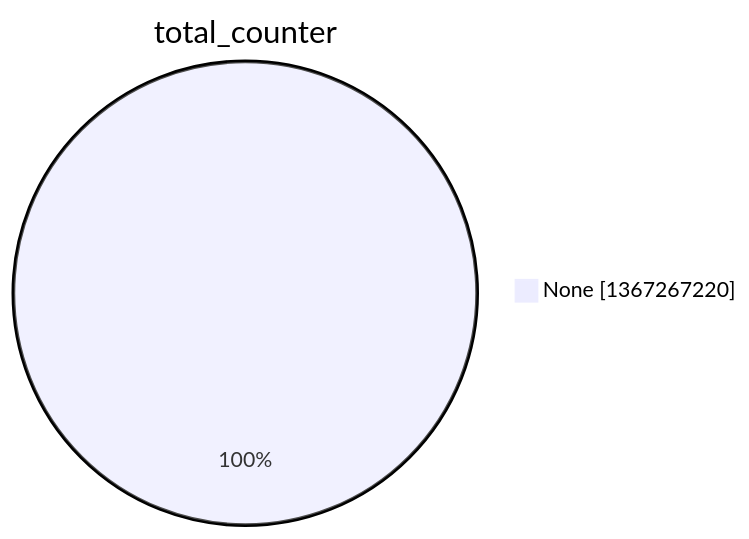
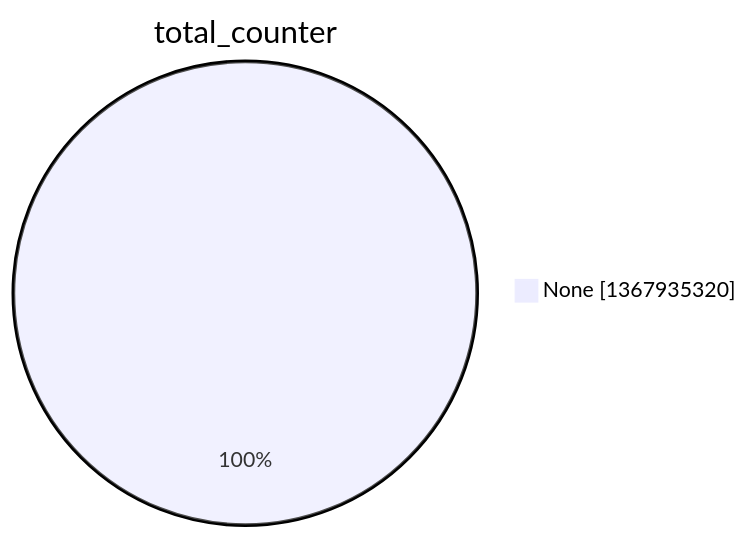
One commit to christiankrug/ctmonitor_visualization changed the second of 15 diagrams in argon2022/README.md. Above: the diagram before and after it, drawn with Mermaid. The commit also changed other lines of this file, not shown here.

````diff
--- a/argon2022/README.md
+++ b/argon2022/README.md
@@ -9,5 +9,5 @@
 ```mermaid
 pie showData
 title total_counter
-"None" :1367267220
+"None" :1367935320
 ```
````
